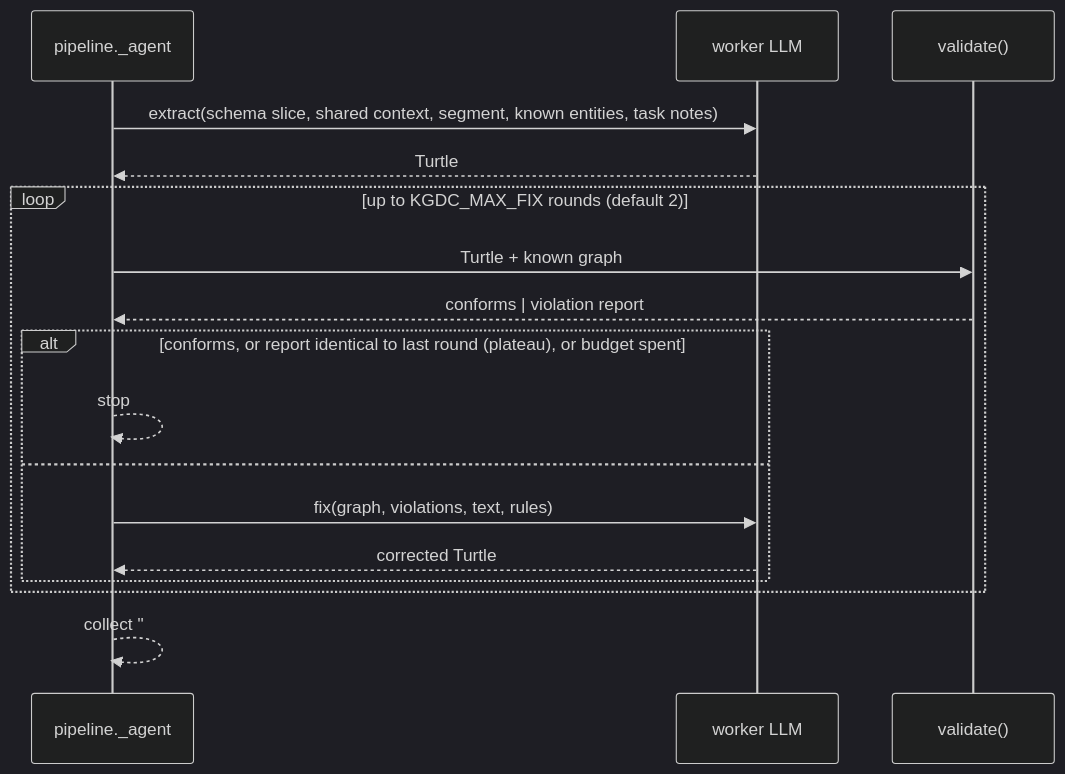
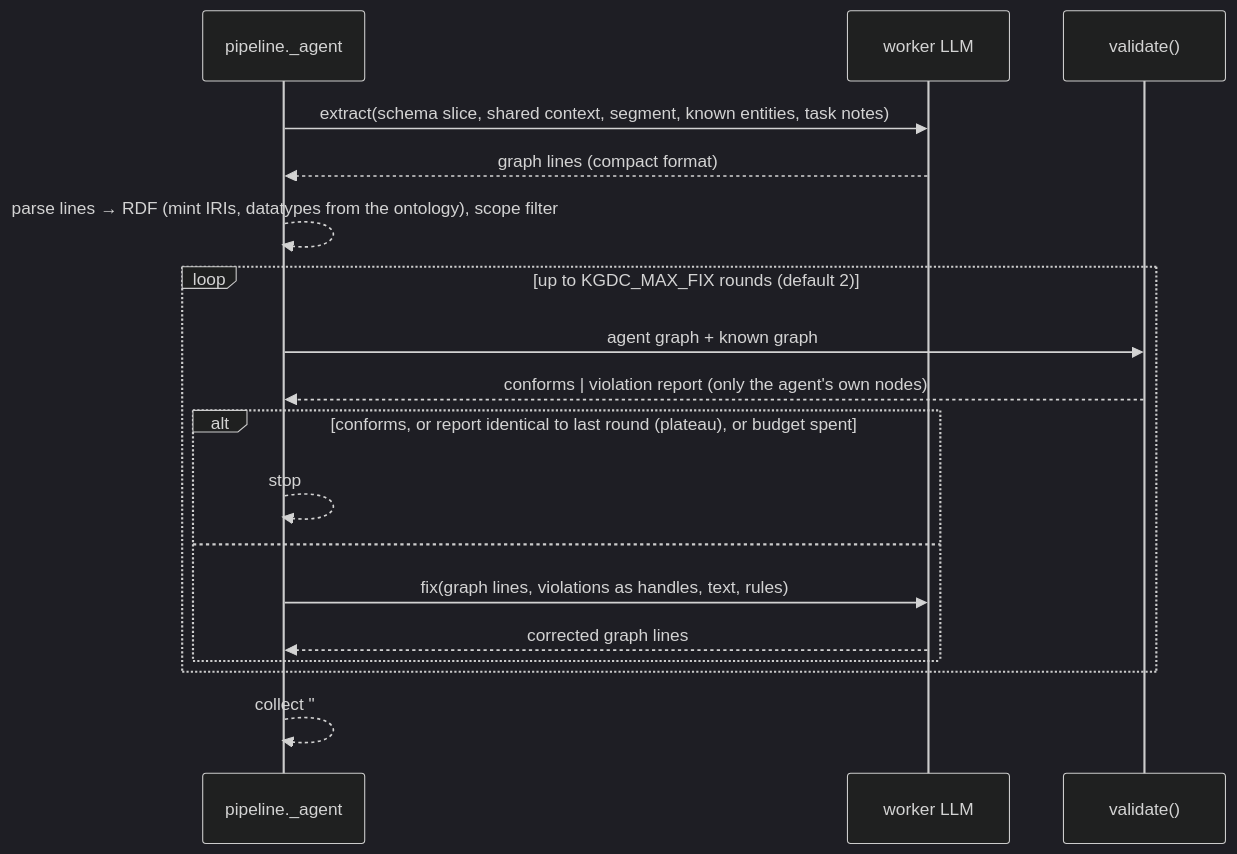
Before and after one commit to ensaremirerol/kgdc: the third of 4 diagrams in README.md, drawn with Mermaid (dark theme). The commit also changed other lines of this file and 5 other files, not shown here.

First line of the commit message:
compact graph format is the default (NOTES 66); --format flag; README and context file updated

````diff
--- a/README.md
+++ b/README.md
@@ -276,19 +290,20 @@
 ```mermaid
 sequenceDiagram
     participant P as pipeline._agent
     participant W as worker LLM
     participant V as validate()
     P->>W: extract(schema slice, shared context, segment, known entities, task notes)
-    W-->>P: Turtle
+    W-->>P: graph lines (compact format)
+    P-->>P: parse lines → RDF (mint IRIs, datatypes from the ontology), scope filter
     loop up to KGDC_MAX_FIX rounds (default 2)
-        P->>V: Turtle + known graph
-        V-->>P: conforms | violation report
+        P->>V: agent graph + known graph
+        V-->>P: conforms | violation report (only the agent's own nodes)
         alt conforms, or report identical to last round (plateau), or budget spent
             P-->>P: stop
         else
-            P->>W: fix(graph, violations, text, rules)
-            W-->>P: corrected Turtle
+            P->>W: fix(graph lines, violations as handles, text, rules)
+            W-->>P: corrected graph lines
         end
     end
-    P-->>P: collect "# UNRESOLVED" comment lines
+    P-->>P: collect "# UNRESOLVED" note lines
 ```
````
